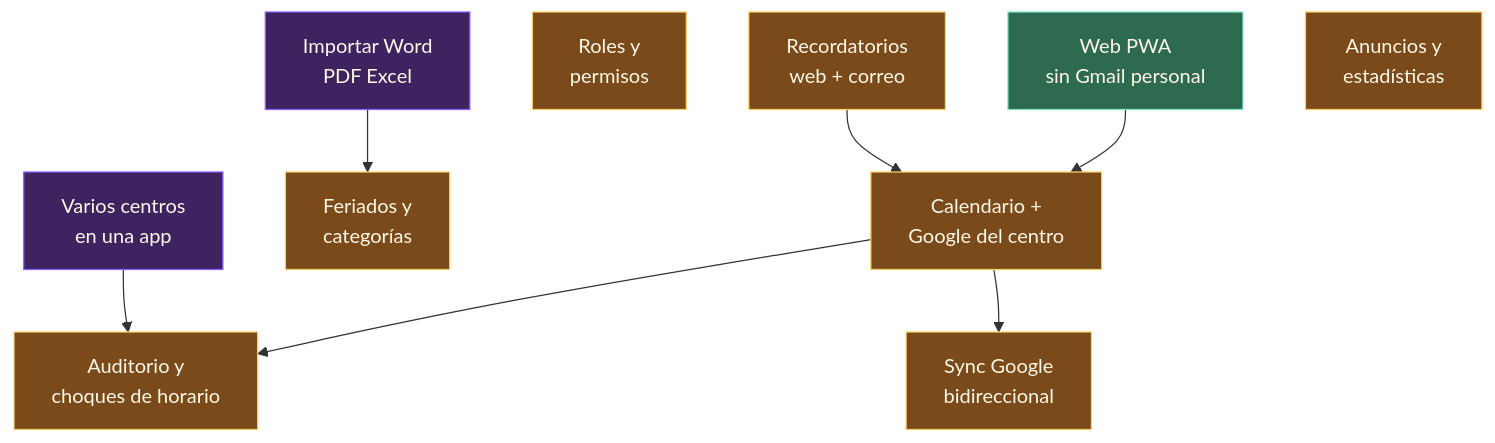
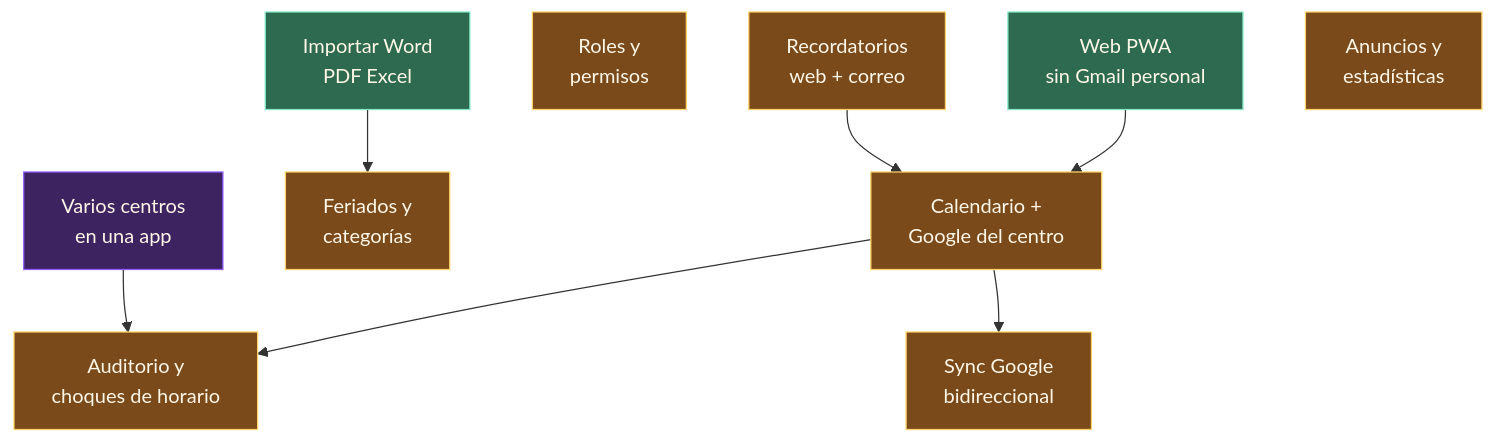
The third of 16 diagrams in README.md (JackStar6677-1/CCAACalendar), drawn with Mermaid before and after one commit. The commit also changed other lines of this file and 16 other files, not shown here.

````diff
--- a/README.md
+++ b/README.md
@@ -67,27 +69,28 @@
 ```mermaid
 flowchart TB
     R1["Web PWA\nsin Gmail personal"]
     R2["Calendario +\nGoogle del centro"]
     R3["Feriados y\ncategorías"]
     R4["Auditorio y\nchoques de horario"]
     R5["Roles y\npermisos"]
     R6["Recordatorios\nweb + correo"]
     R7["Importar Word\nPDF Excel"]
     R8["Varios centros\nen una app"]
     R9["Sync Google\nbidireccional"]
     R10["Anuncios y\nestadísticas"]
 
     R1 --> R2 --> R4
     R2 --> R9
     R6 --> R2
     R7 --> R3
     R8 --> R4
 
     classDef cDone fill:#2d6a4f,stroke:#81e6c3,color:#fff7e8
     classDef cWip fill:#7a4a1a,stroke:#ffd166,color:#fff7e8
     classDef cTodo fill:#3d2460,stroke:#8f5cff,color:#fff7e8
 
     class R1 cDone
     class R2,R3,R4,R5,R6,R9,R10 cWip
-    class R7,R8 cTodo
+    class R7 cDone
+    class R8 cTodo
 ```
````
